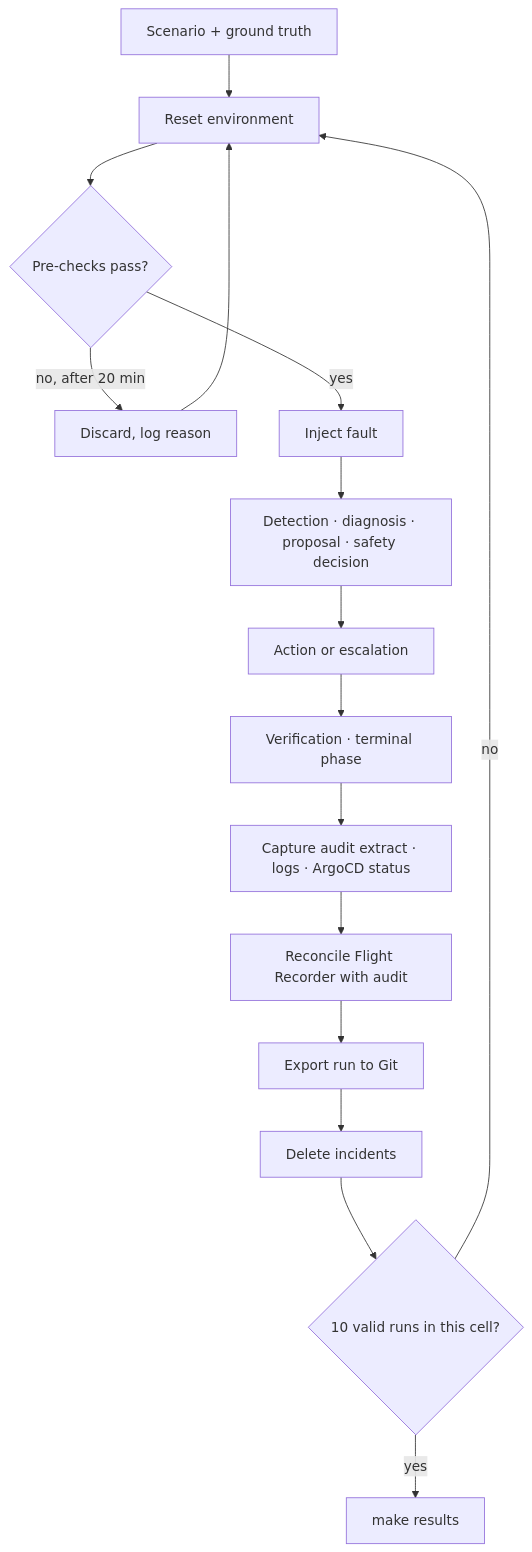
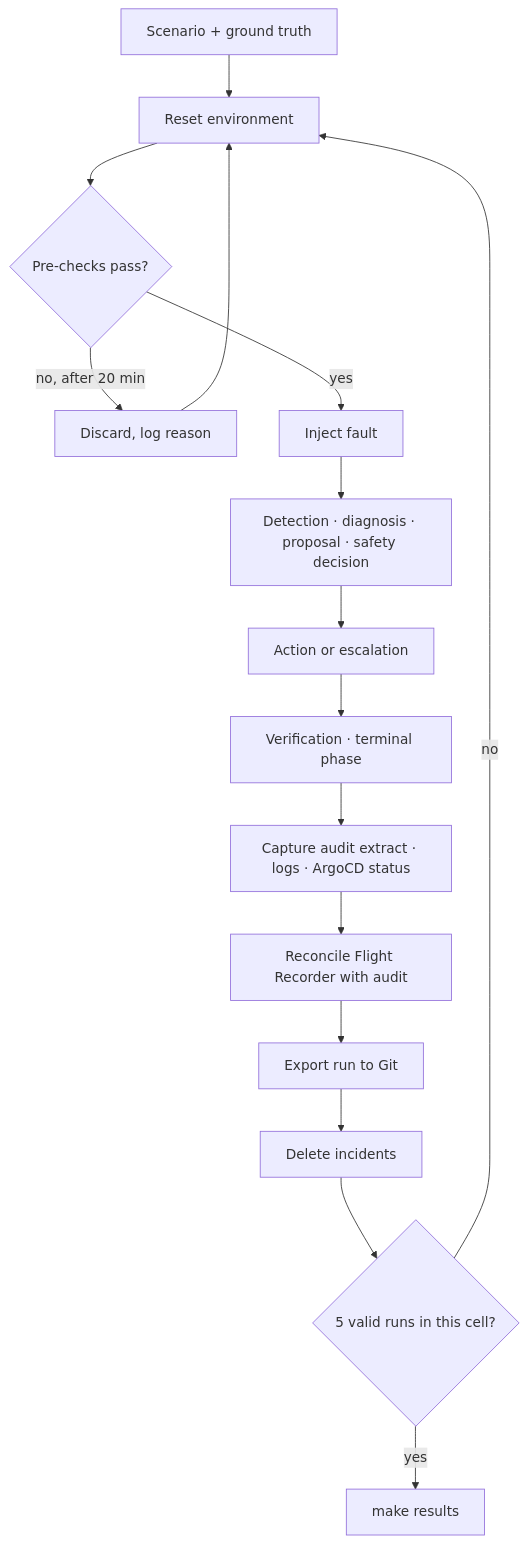
One commit to koussayx8/nexus-platform changed diagram 21 of 24 in docs/architecture/final-spec.md. Above: the diagram before and after it, drawn with Mermaid. The commit also changed other lines of this file and 2 other files, not shown here.

````diff
--- a/docs/architecture/final-spec.md
+++ b/docs/architecture/final-spec.md
@@ -1928,18 +1938,18 @@
 ```mermaid
 flowchart TD
   S0[Scenario + ground truth] --> RST[Reset environment]
   RST --> PRE{Pre-checks pass?}
   PRE -->|no, after 20 min| DIS[Discard, log reason]
   DIS --> RST
   PRE -->|yes| INJ[Inject fault]
   INJ --> OBS[Detection · diagnosis · proposal · safety decision]
   OBS --> ACT[Action or escalation]
   ACT --> VER[Verification · terminal phase]
   VER --> CAP[Capture audit extract · logs · ArgoCD status]
   CAP --> REC[Reconcile Flight Recorder with audit]
   REC --> EXP[Export run to Git]
   EXP --> CLN[Delete incidents]
-  CLN --> NEXT{10 valid runs in this cell?}
+  CLN --> NEXT{5 valid runs in this cell?}
   NEXT -->|no| RST
   NEXT -->|yes| AGG[make results]
 ```
````
